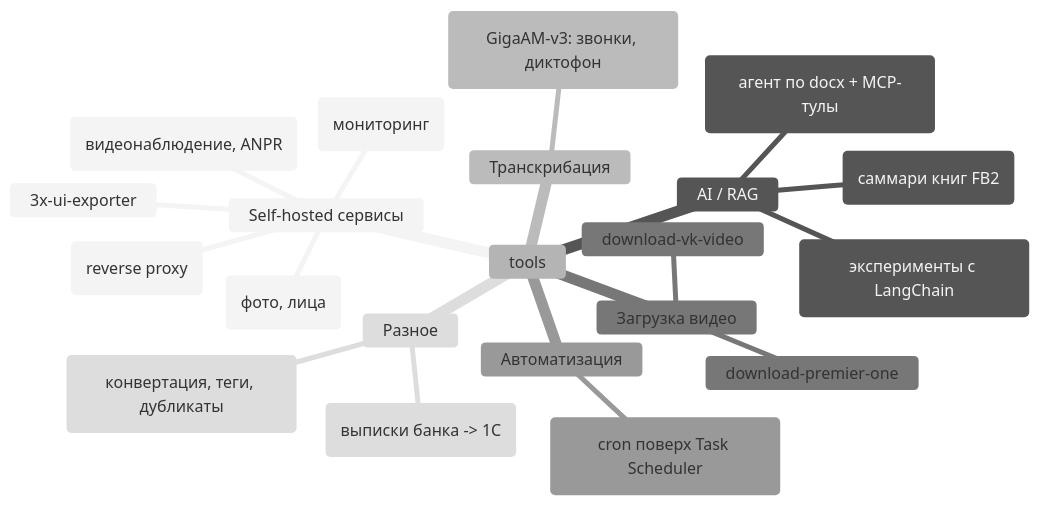
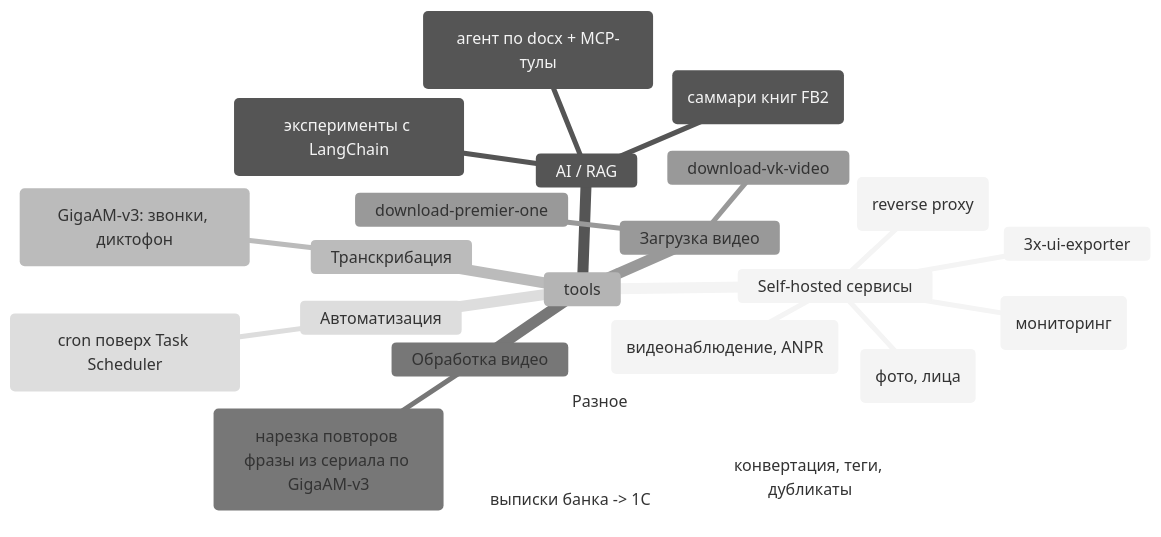
Before and after one commit to vadim-kosarev/tools: the diagram in README.md, drawn with Mermaid (neutral theme). The commit also changed other lines of this file and 7 other files, not shown here.

First line of the commit message:
all_good: проход 1 — распознавание сериала с точными таймстампами по VAD (GigaAM-v3)

````diff
--- a/README.md
+++ b/README.md
@@ -9,24 +9,26 @@
 ```mermaid
 mindmap
   tools
     Self-hosted сервисы
       immich (фото, лица)
       frigate (видеонаблюдение, ANPR)
       nginx (reverse proxy)
       prometheus (мониторинг)
       3x-ui-exporter
     AI / RAG
       RAG (агент по docx + MCP-тулы)
       bReader (саммари книг FB2)
       lChain (эксперименты с LangChain)
     Транскрибация
       transcribe (GigaAM-v3: звонки, диктофон)
+    Обработка видео
+      all_good (нарезка повторов фразы из сериала по GigaAM-v3)
     Загрузка видео
       download-premier-one
       download-vk-video
     Автоматизация
       cron-win (cron поверх Task Scheduler)
     Разное
       py (конвертация, теги, дубликаты)
       raif.xml-to-1c (выписки банка -> 1С)
 ```
````
